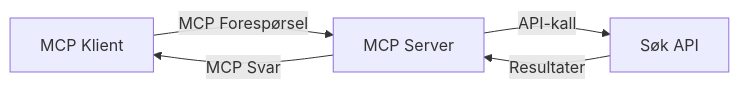
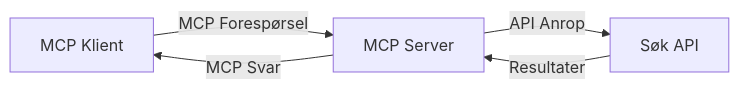
The second of 4 diagrams in translations/no/05-AdvancedTopics/mcp-realtimesearch/README.md (microsoft/mcp-for-beginners), drawn with Mermaid before and after one commit. The commit also changed other lines of this file and 156 other files, not shown here.

````diff
--- a/translations/no/05-AdvancedTopics/mcp-realtimesearch/README.md
+++ b/translations/no/05-AdvancedTopics/mcp-realtimesearch/README.md
@@ -598,7 +600,7 @@
 ```mermaid
 graph LR
     Client[MCP Klient] --> |MCP Forespørsel| Server[MCP Server]
-    Server --> |API-kall| SearchAPI[Søk API]
+    Server --> |API Anrop| SearchAPI[Søk API]
     SearchAPI --> |Resultater| Server
     Server --> |MCP Svar| Client
 ```
````
